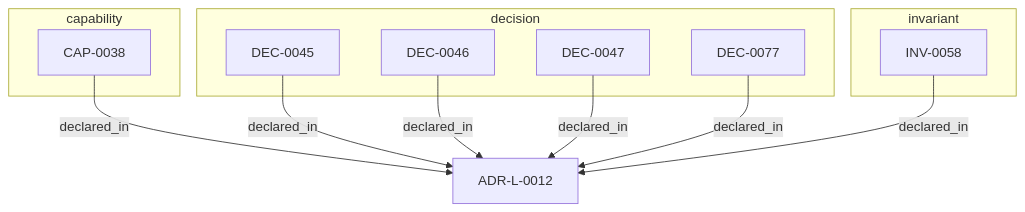
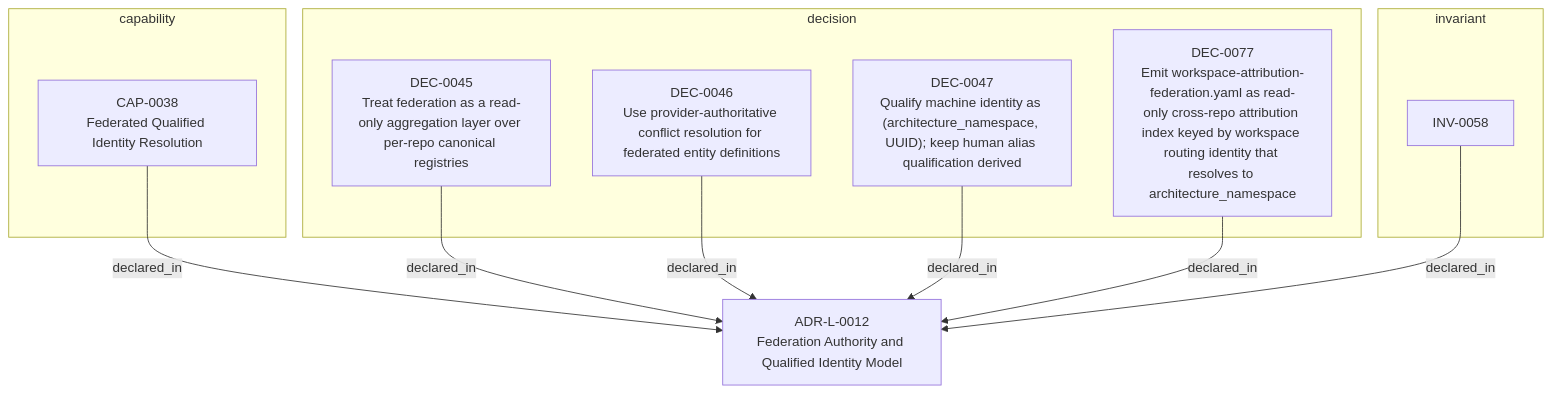
One commit to egallmann/adr-architecture-kit changed the second of 2 diagrams in adrs/adr-projection/logical/ADR-L-0012-federation-authority-and-qualified-identity-model.md. Above: the diagram before and after it, drawn with Mermaid. The commit also changed other lines of this file and 35 other files, not shown here.

````diff
--- a/adrs/adr-projection/logical/ADR-L-0012-federation-authority-and-qualified-identity-model.md
+++ b/adrs/adr-projection/logical/ADR-L-0012-federation-authority-and-qualified-identity-model.md
@@ -110,22 +110,22 @@
 ```mermaid
 flowchart TB
-  n_019fee89_e616_744f_b63e_5ecddf344faa["ADR-L-0012"]
+  n_019fee89_e616_744f_b63e_5ecddf344faa["ADR-L-0012<br/>Federation Authority and Qualified Identity Model"]
   subgraph sg_capability["capability"]
-    n_019fee89_e616_7396_893e_af8987fa6e03["CAP-0038"]
+    n_019fee89_e616_7396_893e_af8987fa6e03["CAP-0038<br/>Federated Qualified Identity Resolution"]
   end
   subgraph sg_decision["decision"]
-    n_019fee89_e616_7f9b_a12f_e0ab32e9dc16["DEC-0045"]
-    n_019fee89_e616_7b5d_b53c_fa2fc2046cd5["DEC-0046"]
-    n_019fee89_e616_7649_ba3d_86e7fab992d0["DEC-0047"]
-    n_019fee89_e616_71e0_b02f_3997db358e10["DEC-0077"]
+    n_019fee89_e616_7f9b_a12f_e0ab32e9dc16["DEC-0045<br/>Treat federation as a read-only aggregation layer over per-repo canonical registries"]
+    n_019fee89_e616_7b5d_b53c_fa2fc2046cd5["DEC-0046<br/>Use provider-authoritative conflict resolution for federated entity definitions"]
+    n_019fee89_e616_7649_ba3d_86e7fab992d0["DEC-0047<br/>Qualify machine identity as (architecture_namespace, UUID); keep human alias qualification derived"]
+    n_019fee89_e616_71e0_b02f_3997db358e10["DEC-0077<br/>Emit workspace-attribution-federation.yaml as read-only cross-repo attribution index keyed by workspace routing identity that resolves to architecture_namespace"]
   end
   subgraph sg_invariant["invariant"]
     n_019fee89_e616_7cc5_933d_9f7823a0b2b5["INV-0058"]
   end
   n_019fee89_e616_71e0_b02f_3997db358e10 -->|"declared_in"| n_019fee89_e616_744f_b63e_5ecddf344faa
   n_019fee89_e616_7396_893e_af8987fa6e03 -->|"declared_in"| n_019fee89_e616_744f_b63e_5ecddf344faa
   n_019fee89_e616_7649_ba3d_86e7fab992d0 -->|"declared_in"| n_019fee89_e616_744f_b63e_5ecddf344faa
   n_019fee89_e616_7b5d_b53c_fa2fc2046cd5 -->|"declared_in"| n_019fee89_e616_744f_b63e_5ecddf344faa
   n_019fee89_e616_7cc5_933d_9f7823a0b2b5 -->|"declared_in"| n_019fee89_e616_744f_b63e_5ecddf344faa
   n_019fee89_e616_7f9b_a12f_e0ab32e9dc16 -->|"declared_in"| n_019fee89_e616_744f_b63e_5ecddf344faa
 ```
````
